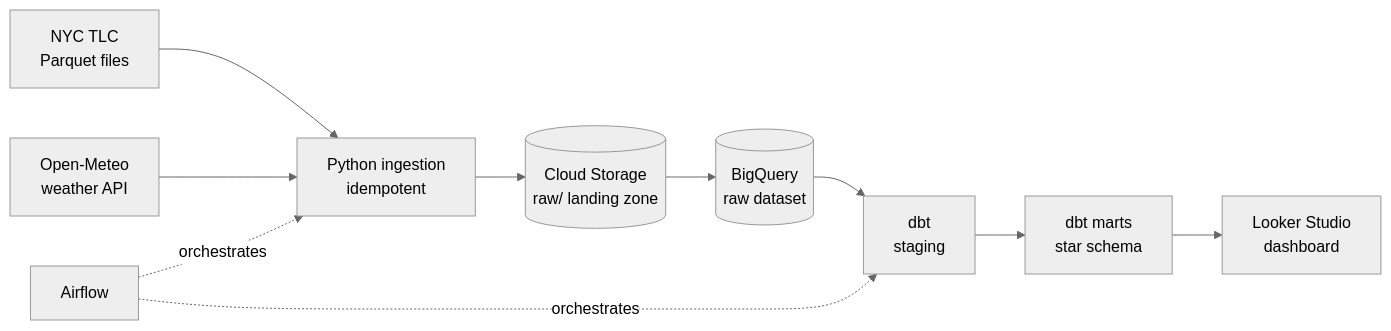
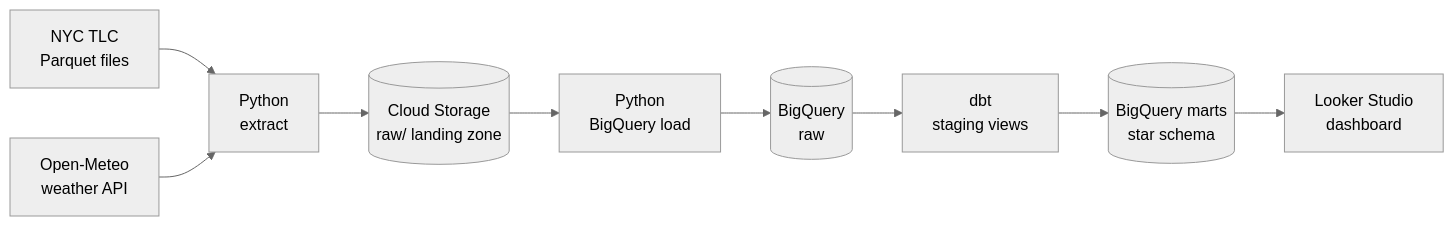
One commit to gashndolo/nyc-taxi-elt changed the first of 2 diagrams in README.md. Above: the diagram before and after it, drawn with Mermaid (neutral theme). The commit also changed other lines of this file and 1 other file, not shown here.

````diff
--- a/README.md
+++ b/README.md
@@ -19,12 +27,11 @@
 ```mermaid
 flowchart LR
-    A[NYC TLC<br/>Parquet files] --> C
-    B[Open-Meteo<br/>weather API] --> C
-    C[Python ingestion<br/>idempotent] --> D[(Cloud Storage<br/>raw/ landing zone)]
-    D --> E[(BigQuery<br/>raw dataset)]
-    E --> F[dbt<br/>staging]
-    F --> G[dbt marts<br/>star schema]
-    G --> H[Looker Studio<br/>dashboard]
-    I[Airflow] -.orchestrates.-> C
-    I -.orchestrates.-> F
+    A[NYC TLC<br/>Parquet files] --> X[Python<br/>extract]
+    B[Open-Meteo<br/>weather API] --> X
+    X --> G[(Cloud Storage<br/>raw/ landing zone)]
+    G --> L[Python<br/>BigQuery load]
+    L --> R[(BigQuery<br/>raw)]
+    R --> S[dbt<br/>staging views]
+    S --> M[(BigQuery marts<br/>star schema)]
+    M --> D[Looker Studio<br/>dashboard]
 ```
````
